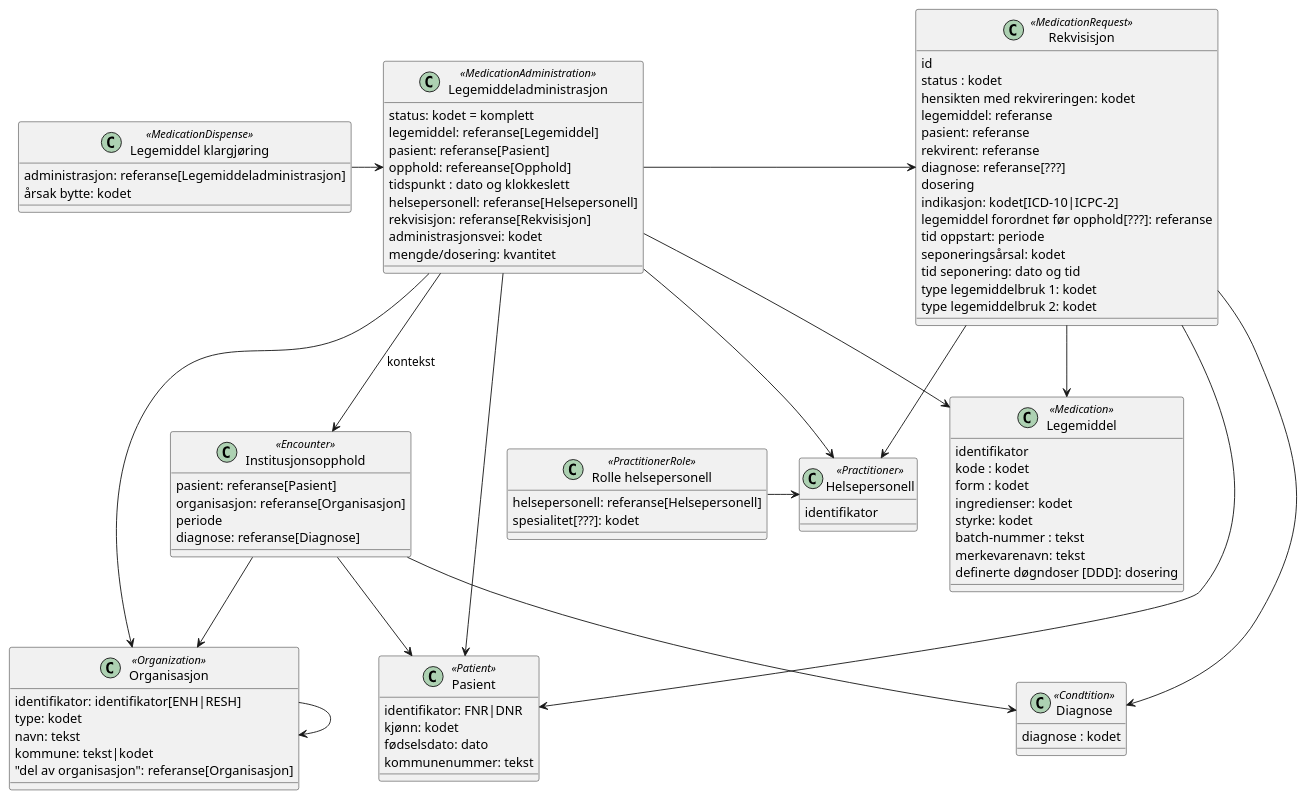
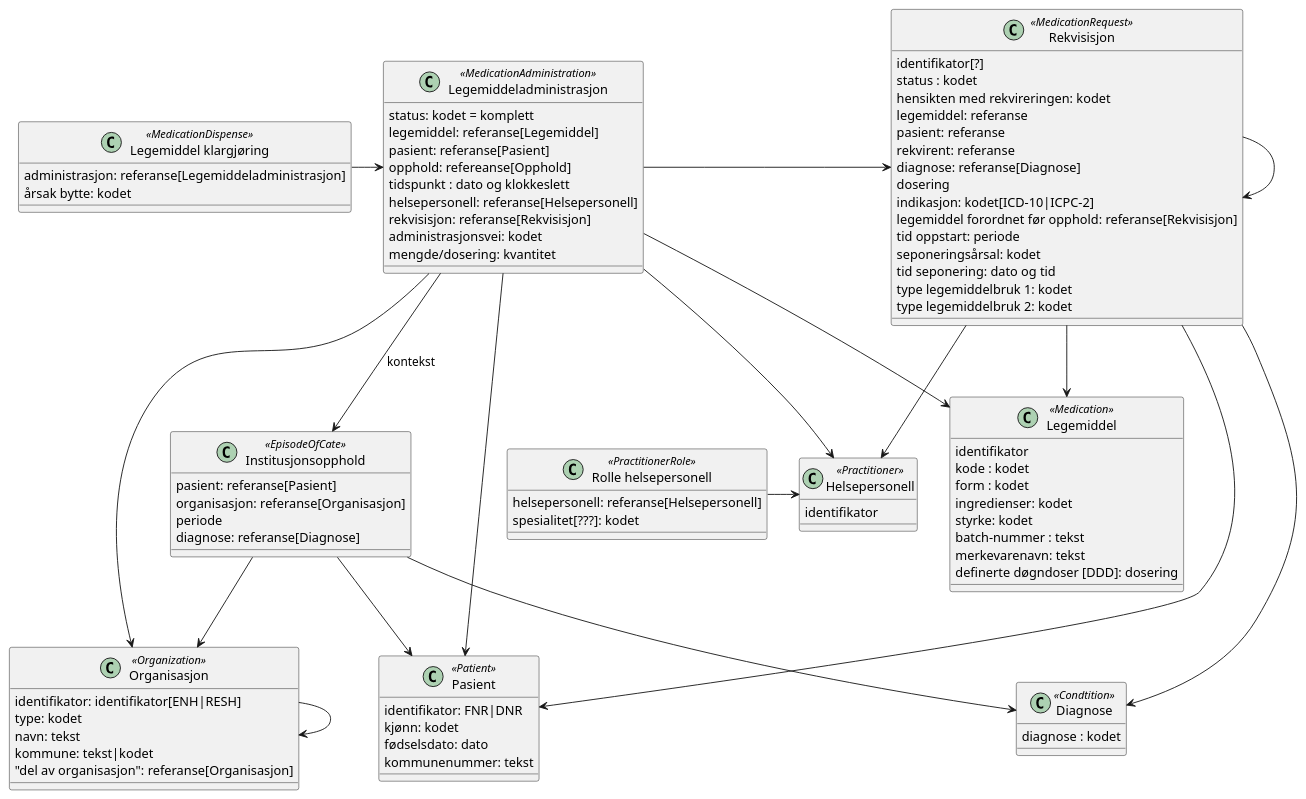
One commit to HL7Norway/LMDI changed the diagram in modeller/informasjonsmodell-test.plantuml. Above: the diagram before and after it, drawn with PlantUML.

Commit message:
Update informasjonsmodell-test.plantuml
Oppdatert med EpisodeOfCare og litt rundt rekvisisjon.

```diff
--- a/modeller/informasjonsmodell-test.plantuml
+++ b/modeller/informasjonsmodell-test.plantuml
@@ -1,105 +1,106 @@
 @startuml
 
 class Pasient <<Patient>> {
    identifikator: FNR|DNR
    kjønn: kodet
    fødselsdato: dato
    kommunenummer: tekst 
 }
 class Legemiddeladministrasjon <<MedicationAdministration>> {
    status: kodet = komplett
    legemiddel: referanse[Legemiddel]
    pasient: referanse[Pasient]
    opphold: refereanse[Opphold]
    tidspunkt : dato og klokkeslett
    helsepersonell: referanse[Helsepersonell]
    rekvisisjon: referanse[Rekvisisjon]
    administrasjonsvei: kodet
    mengde/dosering: kvantitet
 }
 
 Legemiddeladministrasjon -> Legemiddel 
 Legemiddeladministrasjon --> Pasient
 Legemiddeladministrasjon --> Helsepersonell
 Legemiddeladministrasjon --> Organisasjon
 Legemiddeladministrasjon -> Rekvisisjon
 Legemiddeladministrasjon --> Institusjonsopphold : kontekst
 
 class Legemiddel <<Medication>> {
    identifikator
    kode : kodet
    form : kodet
    ingredienser: kodet
    styrke: kodet
    batch-nummer : tekst
    merkevarenavn: tekst
    definerte døgndoser [DDD]: dosering
 }
 
 class Helsepersonell <<Practitioner>> {
    identifikator
 }
 class Organisasjon <<Organization>> {
    identifikator: identifikator[ENH|RESH]
    type: kodet
    navn: tekst
    kommune: tekst|kodet
    "del av organisasjon": referanse[Organisasjon]
 }
 
 Organisasjon --> Organisasjon
 
-class Institusjonsopphold <<Encounter>> {
+class Institusjonsopphold <<EpisodeOfCate>> {
     pasient: referanse[Pasient]
     organisasjon: referanse[Organisasjon]
     periode
     diagnose: referanse[Diagnose]
 }
 
 Institusjonsopphold --> Pasient
 Institusjonsopphold --> Organisasjon
 Institusjonsopphold --> Diagnose
 
 class Diagnose <<Condtition>> {
    diagnose : kodet
 }
 
 class Rekvisisjon <<MedicationRequest>> {
-    id
+    identifikator[?]
     status : kodet
     hensikten med rekvireringen: kodet
     legemiddel: referanse
     pasient: referanse
     rekvirent: referanse
-    diagnose: referanse[???]
+    diagnose: referanse[Diagnose]
     dosering
     indikasjon: kodet[ICD-10|ICPC-2]
-    legemiddel forordnet før opphold[???]: referanse
+    legemiddel forordnet før opphold: referanse[Rekvisisjon]
     tid oppstart: periode
     seponeringsårsal: kodet
     tid seponering: dato og tid
     type legemiddelbruk 1: kodet
     type legemiddelbruk 2: kodet
 }
 
 Rekvisisjon --> Diagnose
 Rekvisisjon --> Legemiddel
 Rekvisisjon --> Pasient
 Rekvisisjon --> Helsepersonell
+Rekvisisjon -> Rekvisisjon
 
 class "Legemiddel klargjøring" <<MedicationDispense>> {
     administrasjon: referanse[Legemiddeladministrasjon]
     årsak bytte: kodet
 } 
 
 "Legemiddel klargjøring" -> Legemiddeladministrasjon
 
 class "Rolle helsepersonell" <<PractitionerRole>> {
     helsepersonell: referanse[Helsepersonell]
     spesialitet[???]: kodet
 }
 
 "Rolle helsepersonell" -> Helsepersonell
 
 
 @enduml
```
